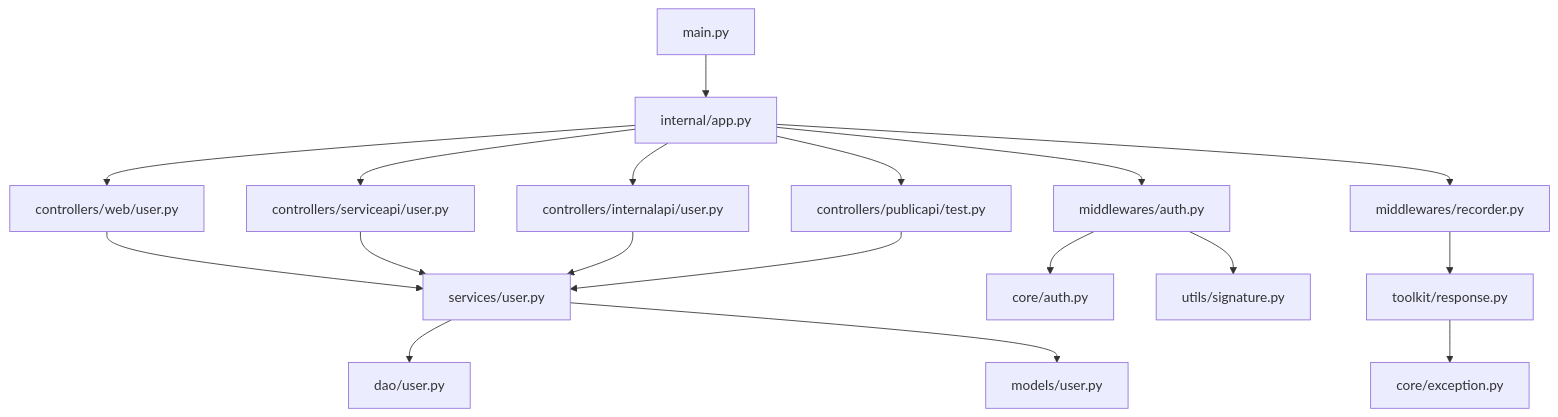
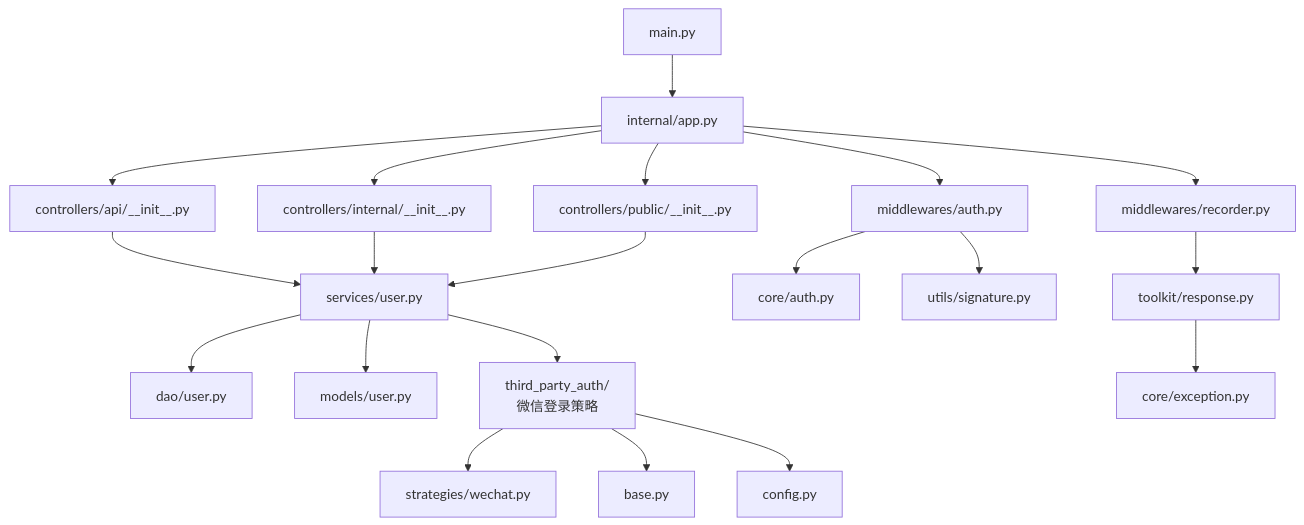
One commit to lilinzezzzzzz/fastapi-backend changed the third of 3 diagrams in .qoder/repowiki/zh/content/API接口文档/API接口文档.md. Above: the diagram before and after it, drawn with Mermaid. The commit also changed other lines of this file and 38 other files, not shown here.

````diff
--- a/.qoder/repowiki/zh/content/API接口文档/API接口文档.md
+++ b/.qoder/repowiki/zh/content/API接口文档/API接口文档.md
@@ -299,20 +371,22 @@
 ```mermaid
 graph TB
 MAIN["main.py"] --> APP["internal/app.py"]
-APP --> WEB["controllers/web/user.py"]
-APP --> SERVICE["controllers/serviceapi/user.py"]
-APP --> INTERNAL["controllers/internalapi/user.py"]
-APP --> PUBLIC["controllers/publicapi/test.py"]
-WEB --> SVC_USER["services/user.py"]
-SERVICE --> SVC_USER
+APP --> API["controllers/api/__init__.py"]
+APP --> INTERNAL["controllers/internal/__init__.py"]
+APP --> PUBLIC["controllers/public/__init__.py"]
+API --> SVC_USER["services/user.py"]
 INTERNAL --> SVC_USER
 PUBLIC --> SVC_USER
 APP --> AUTH["middlewares/auth.py"]
 APP --> RECORDER["middlewares/recorder.py"]
 SVC_USER --> DAO_USER["dao/user.py"]
 SVC_USER --> MODEL_USER["models/user.py"]
 AUTH --> CORE_AUTH["core/auth.py"]
 AUTH --> SIG_UTIL["utils/signature.py"]
 RECORDER --> RESP["toolkit/response.py"]
 RESP --> ERR["core/exception.py"]
+SVC_USER --> THIRD_PARTY["third_party_auth/<br/>微信登录策略"]
+THIRD_PARTY --> STRATEGY_WECHAT["strategies/wechat.py"]
+THIRD_PARTY --> BASE["base.py"]
+THIRD_PARTY --> CONFIG["config.py"]
 ```
````
